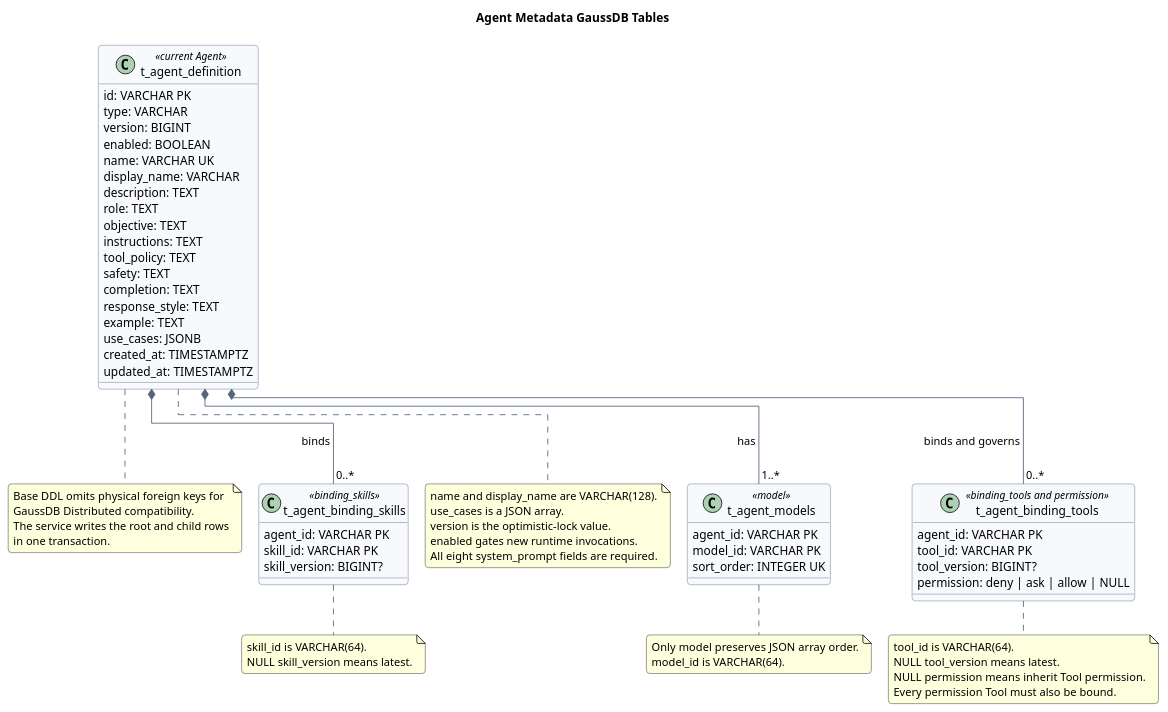
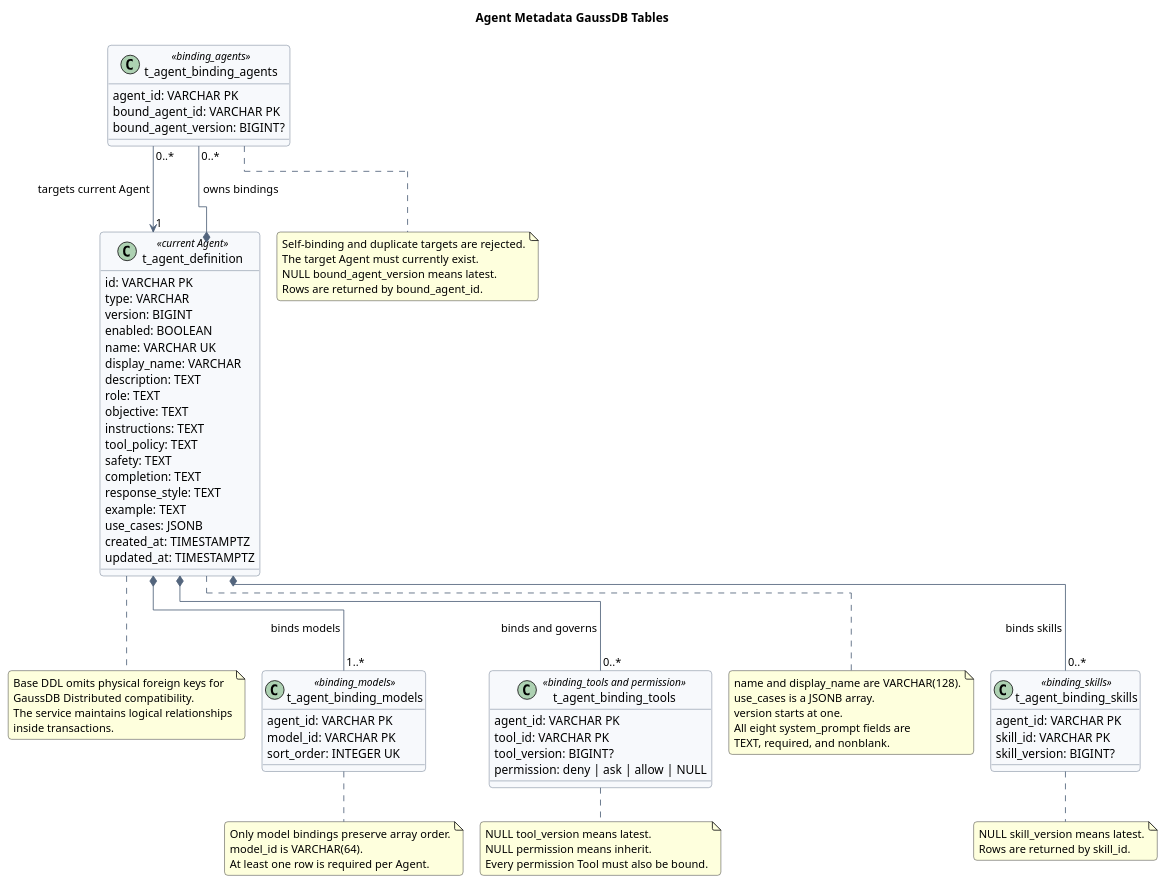
The diagram in agent-metadata-gaussdb-design/diagram.puml (superheromeZzh/pi-mono-java-design), drawn with PlantUML before and after one commit. The commit also changed other lines of this file and 4 other files, not shown here.

Commit message:
docs(agent): align binding metadata design

```diff
--- a/agent-metadata-gaussdb-design/diagram.puml
+++ b/agent-metadata-gaussdb-design/diagram.puml
@@ -6,109 +6,125 @@
 @startuml agent_metadata_gaussdb_model
 !pragma layout elk
 title Agent Metadata GaussDB Tables
 top to bottom direction
 
 skinparam backgroundColor #FFFFFF
 skinparam shadowing false
 skinparam roundcorner 8
 skinparam nodesep 45
 skinparam ranksep 50
 skinparam ArrowColor #53657D
 skinparam ClassBorderColor #53657D
 skinparam ClassBackgroundColor #F7F9FC
 skinparam classAttributeIconSize 0
 
 ' Source evidence:
-' - Repository-relative path, Git-escaped:
-'   "AGENT\345\205\203\346\225\260\346\215\256\350\256\276\350\256\241.json":2-47.
-' - Root fields at lines 2-10, system_prompt at 12-21, and use_cases at 22-24
-'   map to t_agent_definition; system_prompt is structured.
-' - model at line 11 maps to the only ordered child table.
-' - Tool binding and permission fields at lines 25-30 and 37-47 are merged.
-' - Skill bindings at lines 31-36 have no order column.
-' Observed behavior: the current JSON is a current-state Agent resource with a
-' monotonically increasing version and no separate history resource.
-' Design reason: structured system_prompt fields use typed columns so each required
-' product field can be validated and updated independently.
-' Product constraint: all eight system_prompt fields are required in the target design.
-' Product constraint: only model order is persisted; Tool and Skill order is not.
+' - AGENT metadata JSON lines 2-53 define root fields and four binding arrays.
+' - binding_models is at line 11; binding_agents is at lines 37-42.
+' - mate-service baseline path and symbols:
+'   src/main/java/com/huawei/hicampus/mate/agentdefinition/service/impl/AgentDefinitionServiceImpl.java
+'   AgentDefinitionServiceImpl.initializeAgent and replaceModels.
+' - mate-service baseline DDL: src/main/resources/db/schema.sql.
+' Observed behavior: the Java baseline aggregates four tables and persists the
+' model list in t_agent_models.
+' Architecture change: the target design renames model storage to
+' t_agent_binding_models and adds t_agent_binding_agents.
+' Product constraint: all eight system_prompt fields are required and nonblank.
+' Product constraint: only binding_models preserves input array order.
+' Design reason: Agent targets must exist when bindings are written, while a
+' pinned target version is stored without historical-version validation.
 ' GaussDB divergence: physical foreign keys are optional because GaussDB
 ' Distributed does not support them; the base DDL uses logical relationships.
 
 class t_agent_definition <<current Agent>> {
   id: VARCHAR PK
   type: VARCHAR
   version: BIGINT
   enabled: BOOLEAN
   name: VARCHAR UK
   display_name: VARCHAR
   description: TEXT
   role: TEXT
   objective: TEXT
   instructions: TEXT
   tool_policy: TEXT
   safety: TEXT
   completion: TEXT
   response_style: TEXT
   example: TEXT
   use_cases: JSONB
   created_at: TIMESTAMPTZ
   updated_at: TIMESTAMPTZ
 }
 
-class t_agent_models <<model>> {
+class t_agent_binding_models <<binding_models>> {
   agent_id: VARCHAR PK
   model_id: VARCHAR PK
   sort_order: INTEGER UK
 }
 
 class t_agent_binding_tools <<binding_tools and permission>> {
   agent_id: VARCHAR PK
   tool_id: VARCHAR PK
   tool_version: BIGINT?
   permission: deny | ask | allow | NULL
 }
 
 class t_agent_binding_skills <<binding_skills>> {
   agent_id: VARCHAR PK
   skill_id: VARCHAR PK
   skill_version: BIGINT?
 }
 
-t_agent_definition *-- "1..*" t_agent_models : has
+class t_agent_binding_agents <<binding_agents>> {
+  agent_id: VARCHAR PK
+  bound_agent_id: VARCHAR PK
+  bound_agent_version: BIGINT?
+}
+
+t_agent_definition *-- "1..*" t_agent_binding_models : binds models
 t_agent_definition *-- "0..*" t_agent_binding_tools : binds and governs
-t_agent_definition *-- "0..*" t_agent_binding_skills : binds
+t_agent_definition *-- "0..*" t_agent_binding_skills : binds skills
+t_agent_definition *-- "0..*" t_agent_binding_agents : owns bindings
+t_agent_binding_agents "0..*" --> "1" t_agent_definition : targets current Agent
 
 note right of t_agent_definition
 name and display_name are VARCHAR(128).
-use_cases is a JSON array.
-version is the optimistic-lock value.
-enabled gates new runtime invocations.
-All eight system_prompt fields are required.
+use_cases is a JSONB array.
+version starts at one.
+All eight system_prompt fields are
+TEXT, required, and nonblank.
 end note
 
-note right of t_agent_models
-Only model preserves JSON array order.
+note right of t_agent_binding_models
+Only model bindings preserve array order.
 model_id is VARCHAR(64).
+At least one row is required per Agent.
 end note
 
 note bottom of t_agent_binding_tools
-tool_id is VARCHAR(64).
 NULL tool_version means latest.
-NULL permission means inherit Tool permission.
+NULL permission means inherit.
 Every permission Tool must also be bound.
 end note
 
 note bottom of t_agent_binding_skills
-skill_id is VARCHAR(64).
 NULL skill_version means latest.
+Rows are returned by skill_id.
+end note
+
+note bottom of t_agent_binding_agents
+Self-binding and duplicate targets are rejected.
+The target Agent must currently exist.
+NULL bound_agent_version means latest.
+Rows are returned by bound_agent_id.
 end note
 
 note bottom of t_agent_definition
 Base DDL omits physical foreign keys for
 GaussDB Distributed compatibility.
-The service writes the root and child rows
-in one transaction.
+The service maintains logical relationships
+inside transactions.
 end note
 
 @enduml
```
